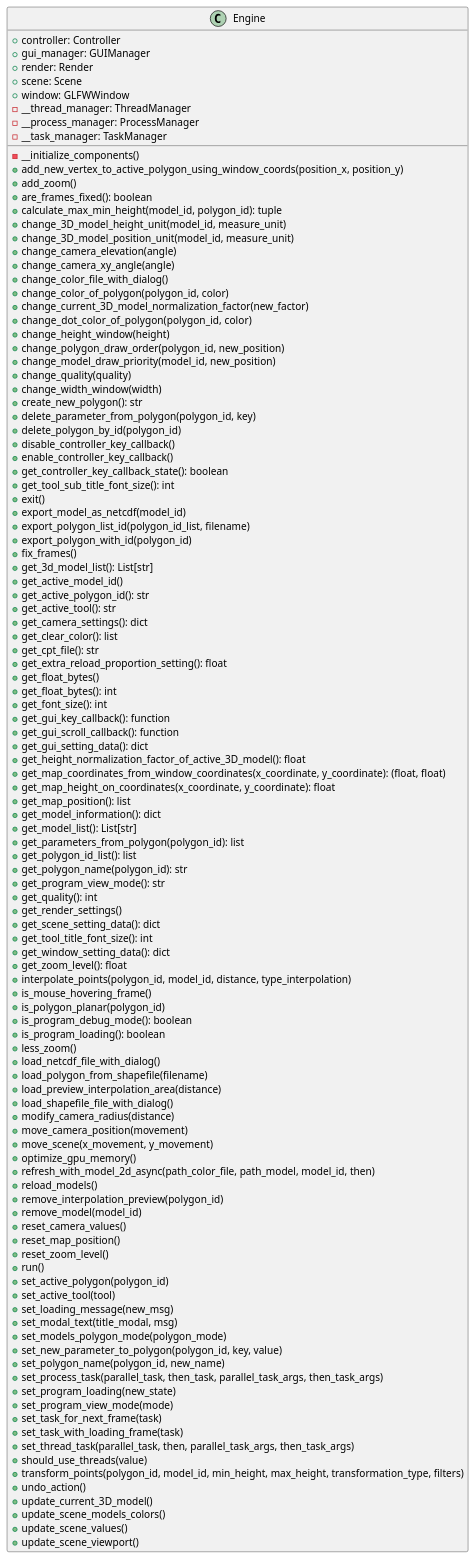
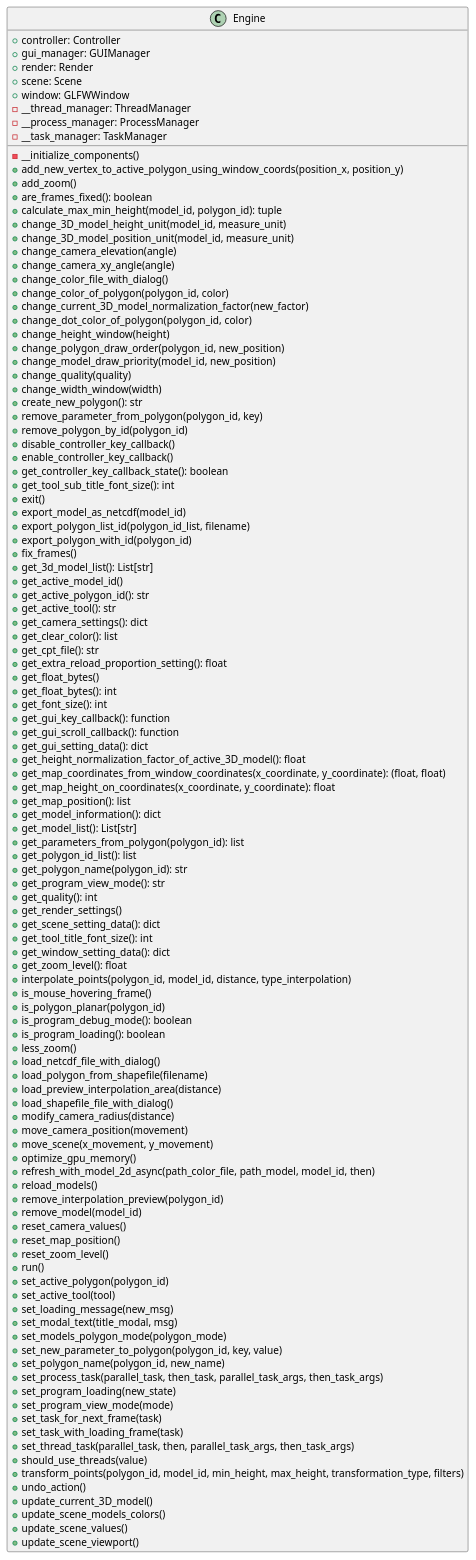
One commit to ferpoble2/Relief_Creator changed the diagram in docs/classes/Engine.puml. Above: the diagram before and after it, drawn with PlantUML. The commit also changed 6 other files, not shown here.

```diff
--- a/docs/classes/Engine.puml
+++ b/docs/classes/Engine.puml
@@ -1,116 +1,116 @@
 @startuml
 class Engine {
     + controller: Controller
     + gui_manager: GUIManager
     + render: Render
     + scene: Scene
     + window: GLFWWindow
     - __thread_manager: ThreadManager
     - __process_manager: ProcessManager
     - __task_manager: TaskManager
 
     - __initialize_components()
     + add_new_vertex_to_active_polygon_using_window_coords(position_x, position_y)
     + add_zoom()
     + are_frames_fixed(): boolean
     + calculate_max_min_height(model_id, polygon_id): tuple
     + change_3D_model_height_unit(model_id, measure_unit)
     + change_3D_model_position_unit(model_id, measure_unit)
     + change_camera_elevation(angle)
     + change_camera_xy_angle(angle)
     + change_color_file_with_dialog()
     + change_color_of_polygon(polygon_id, color)
     + change_current_3D_model_normalization_factor(new_factor)
     + change_dot_color_of_polygon(polygon_id,  color)
     + change_height_window(height)
     + change_polygon_draw_order(polygon_id, new_position)
     + change_model_draw_priority(model_id, new_position)
     + change_quality(quality)
     + change_width_window(width)
     + create_new_polygon(): str
-    + delete_parameter_from_polygon(polygon_id, key)
-    + delete_polygon_by_id(polygon_id)
+    + remove_parameter_from_polygon(polygon_id, key)
+    + remove_polygon_by_id(polygon_id)
     + disable_controller_key_callback()
     + enable_controller_key_callback()
     + get_controller_key_callback_state(): boolean
     + get_tool_sub_title_font_size(): int
     + exit()
     + export_model_as_netcdf(model_id)
     + export_polygon_list_id(polygon_id_list, filename)
     + export_polygon_with_id(polygon_id)
     + fix_frames()
     + get_3d_model_list(): List[str]
     + get_active_model_id()
     + get_active_polygon_id(): str
     + get_active_tool(): str
     + get_camera_settings(): dict
     + get_clear_color(): list
     + get_cpt_file(): str
     + get_extra_reload_proportion_setting(): float
     + get_float_bytes()
     + get_float_bytes(): int
     + get_font_size(): int
     + get_gui_key_callback(): function
     + get_gui_scroll_callback(): function
     + get_gui_setting_data(): dict
     + get_height_normalization_factor_of_active_3D_model(): float
     + get_map_coordinates_from_window_coordinates(x_coordinate, y_coordinate): (float, float)
     + get_map_height_on_coordinates(x_coordinate, y_coordinate): float
     + get_map_position(): list
     + get_model_information(): dict
     + get_model_list(): List[str]
     + get_parameters_from_polygon(polygon_id): list
     + get_polygon_id_list(): list
     + get_polygon_name(polygon_id): str
     + get_program_view_mode(): str
     + get_quality(): int
     + get_render_settings()
     + get_scene_setting_data(): dict
     + get_tool_title_font_size(): int
     + get_window_setting_data(): dict
     + get_zoom_level(): float
     + interpolate_points(polygon_id, model_id, distance, type_interpolation)
     + is_mouse_hovering_frame()
     + is_polygon_planar(polygon_id)
     + is_program_debug_mode(): boolean
     + is_program_loading(): boolean
     + less_zoom()
     + load_netcdf_file_with_dialog()
     + load_polygon_from_shapefile(filename)
     + load_preview_interpolation_area(distance)
     + load_shapefile_file_with_dialog()
     + modify_camera_radius(distance)
     + move_camera_position(movement)
     + move_scene(x_movement, y_movement)
     + optimize_gpu_memory()
     + refresh_with_model_2d_async(path_color_file, path_model, model_id, then)
     + reload_models()
     + remove_interpolation_preview(polygon_id)
     + remove_model(model_id)
     + reset_camera_values()
     + reset_map_position()
     + reset_zoom_level()
     + run()
     + set_active_polygon(polygon_id)
     + set_active_tool(tool)
     + set_loading_message(new_msg)
     + set_modal_text(title_modal, msg)
     + set_models_polygon_mode(polygon_mode)
     + set_new_parameter_to_polygon(polygon_id, key, value)
     + set_polygon_name(polygon_id, new_name)
     + set_process_task(parallel_task, then_task, parallel_task_args, then_task_args)
     + set_program_loading(new_state)
     + set_program_view_mode(mode)
     + set_task_for_next_frame(task)
     + set_task_with_loading_frame(task)
     + set_thread_task(parallel_task, then, parallel_task_args, then_task_args)
     + should_use_threads(value)
     + transform_points(polygon_id, model_id, min_height, max_height, transformation_type, filters)
     + undo_action()
     + update_current_3D_model()
     + update_scene_models_colors()
     + update_scene_values()
     + update_scene_viewport()
 }
 
 @enduml
```
